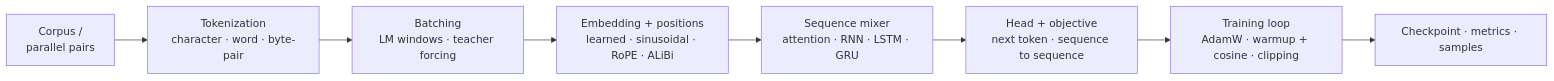
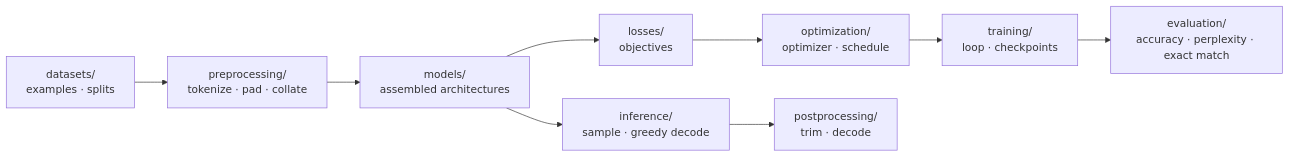
The diagram in README.md (Tqhuyen/deep-learning-laboratory), drawn with Mermaid before and after one commit. The commit also changed other lines of this file and 49 other files, not shown here.

````diff
--- a/README.md
+++ b/README.md
@@ -16,10 +16,11 @@
 ```mermaid
 flowchart LR
-    corpus["Corpus /<br/>parallel pairs"] --> tokenize["Tokenization<br/>character · word · byte-pair"]
-    tokenize --> batch["Batching<br/>LM windows · teacher forcing"]
-    batch --> position["Embedding + positions<br/>learned · sinusoidal · RoPE · ALiBi"]
-    position --> mixer["Sequence mixer<br/>attention · RNN · LSTM · GRU"]
-    mixer --> head["Head + objective<br/>next token · sequence to sequence"]
-    head --> train["Training loop<br/>AdamW · warmup + cosine · clipping"]
-    train --> outcome["Checkpoint · metrics · samples"]
+    datasets["datasets/<br/>examples · splits"] --> preprocessing["preprocessing/<br/>tokenize · pad · collate"]
+    preprocessing --> models["models/<br/>assembled architectures"]
+    models --> losses["losses/<br/>objectives"]
+    losses --> optimization["optimization/<br/>optimizer · schedule"]
+    optimization --> training["training/<br/>loop · checkpoints"]
+    training --> evaluation["evaluation/<br/>accuracy · perplexity · exact match"]
+    models --> inference["inference/<br/>sample · greedy decode"]
+    inference --> postprocessing["postprocessing/<br/>trim · decode"]
 ```
````
